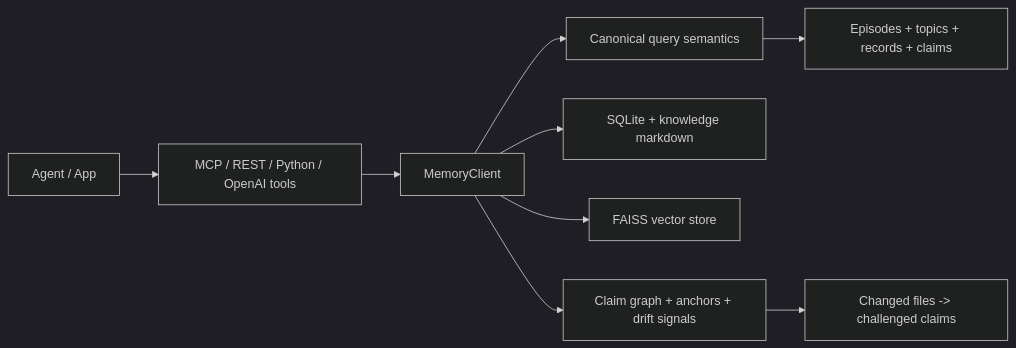
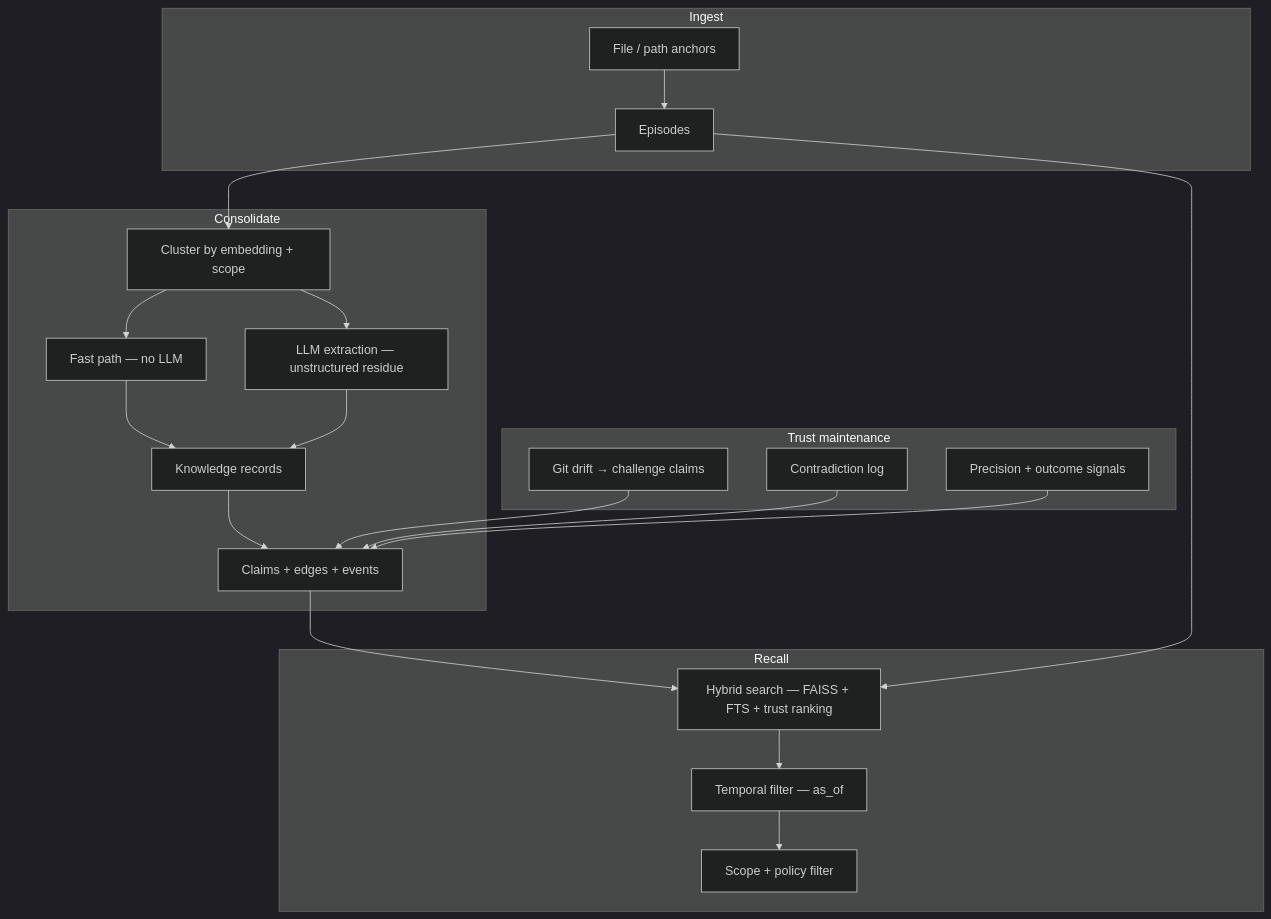
Before and after one commit to charliee1w/consolidation-memory: the diagram in README.md, drawn with Mermaid (dark theme). The commit also changed other lines of this file, not shown here.

First line of the commit message:
docs: rewrite README for trust positioning and visual clarity

````diff
--- a/README.md
+++ b/README.md
@@ -70,11 +51,42 @@
 ```mermaid
-flowchart LR
-    A["Agent / App"] --> B["MCP / REST / Python / OpenAI tools"]
-    B --> C["MemoryClient"]
-    C --> D["Canonical query semantics"]
-    C --> E["SQLite + knowledge markdown"]
-    C --> F["FAISS vector store"]
-    C --> G["Claim graph + anchors + drift signals"]
-    G --> H["Changed files -> challenged claims"]
-    D --> I["Episodes + topics + records + claims"]
+flowchart TB
+  subgraph ingest["Ingest"]
+    E["Episodes"]
+    A["File / path anchors"]
+  end
+
+  subgraph consolidate["Consolidate"]
+    C["Cluster by embedding + scope"]
+    FP["Fast path — no LLM"]
+    LLM["LLM extraction — unstructured residue"]
+    R["Knowledge records"]
+    CL["Claims + edges + events"]
+  end
+
+  subgraph recall["Recall"]
+    H["Hybrid search — FAISS + FTS + trust ranking"]
+    T["Temporal filter — as_of"]
+    S["Scope + policy filter"]
+  end
+
+  subgraph trust["Trust maintenance"]
+    D["Git drift → challenge claims"]
+    X["Contradiction log"]
+    P["Precision + outcome signals"]
+  end
+
+  E --> C
+  A --> E
+  C --> FP
+  C --> LLM
+  FP --> R
+  LLM --> R
+  R --> CL
+  CL --> H
+  E --> H
+  H --> T
+  T --> S
+  D --> CL
+  X --> CL
+  P --> CL
 ```
````
